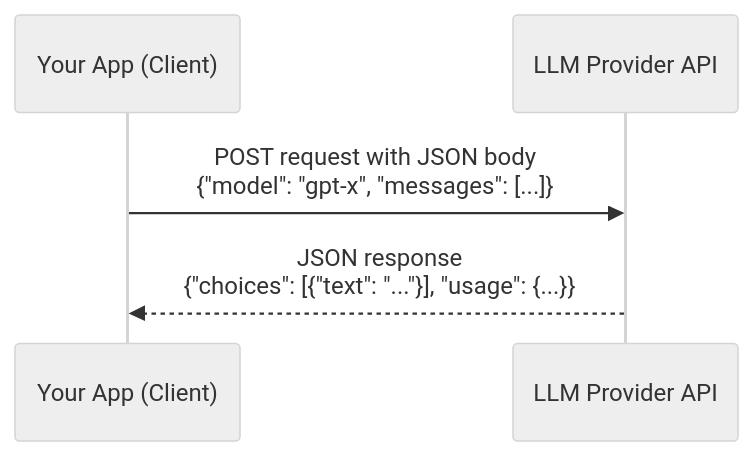
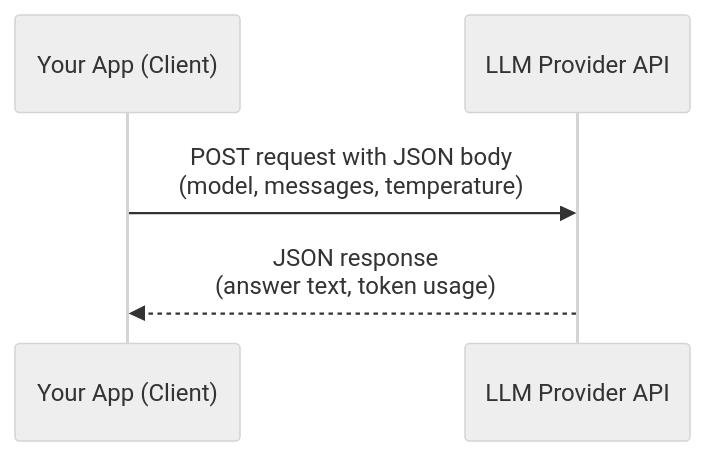
One commit to nitishnarayan01/ai-tpm-learning-hub-nnv changed the diagram in phases/01-programming-and-software-engineering/05-apis-and-json/docs/en.md. Above: the diagram before and after it, drawn with Mermaid (neutral theme). The commit also changed other lines of this file and 177 other files, not shown here.

First line of the commit message:
Refactor lessons to TPM-first format and add Archify/Mermaid diagram switcher

````diff
--- a/phases/01-programming-and-software-engineering/05-apis-and-json/docs/en.md
+++ b/phases/01-programming-and-software-engineering/05-apis-and-json/docs/en.md
@@ -25,7 +54,7 @@
 ```mermaid
 sequenceDiagram
     participant Client as Your App (Client)
     participant API as LLM Provider API
-    Client->>API: POST request with JSON body<br/>{"model": "gpt-x", "messages": [...]}
-    API-->>Client: JSON response<br/>{"choices": [{"text": "..."}], "usage": {...}}
+    Client->>API: POST request with JSON body<br/>(model, messages, temperature)
+    API-->>Client: JSON response<br/>(answer text, token usage)
 ```
````
